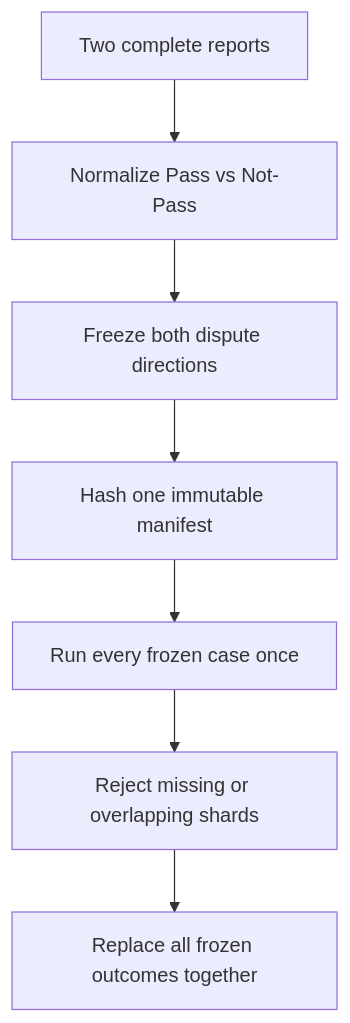
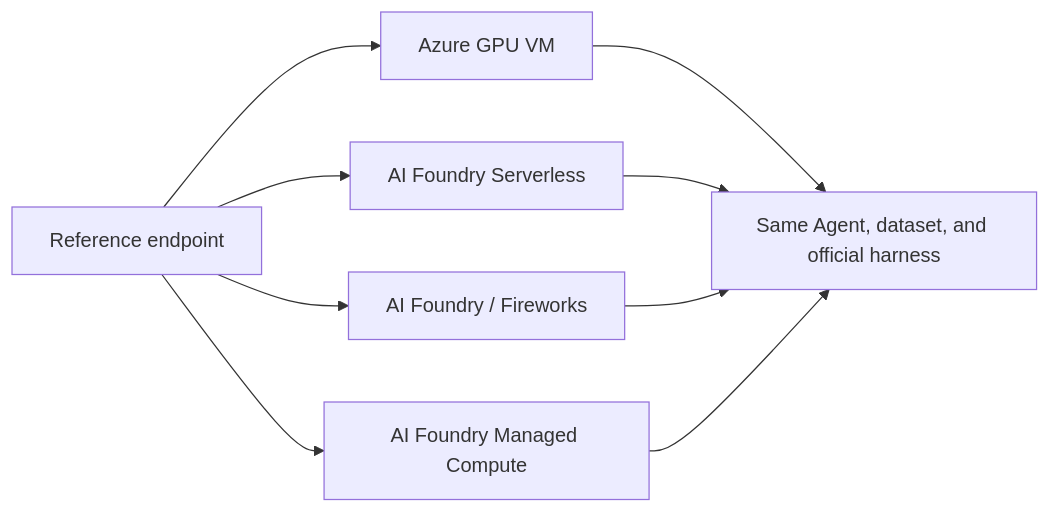
Before and after one commit to david-xinyuwei/david-share: the second of 2 diagrams in Deep-Learning/OSS-Model-SWE-bench-Evaluation-Playbook/README.md, drawn with Mermaid. The commit also changed other lines of this file and 15 other files, not shown here.

````diff
--- a/Deep-Learning/OSS-Model-SWE-bench-Evaluation-Playbook/README.md
+++ b/Deep-Learning/OSS-Model-SWE-bench-Evaluation-Playbook/README.md
@@ -946,9 +67,11 @@
 ```mermaid
-flowchart TD
-    A[Two complete reports] --> B[Normalize Pass vs Not-Pass]
-    B --> C[Freeze both dispute directions]
-    C --> D[Hash one immutable manifest]
-    D --> E[Run every frozen case once]
-    E --> F[Reject missing or overlapping shards]
-    F --> G[Replace all frozen outcomes together]
+flowchart LR
+  R[Reference endpoint] --> V[Azure GPU VM]
+  R --> S[AI Foundry Serverless]
+  R --> F[AI Foundry / Fireworks]
+  R --> M[AI Foundry Managed Compute]
+  V --> G[Same Agent, dataset, and official harness]
+  S --> G
+  F --> G
+  M --> G
 ```
````
